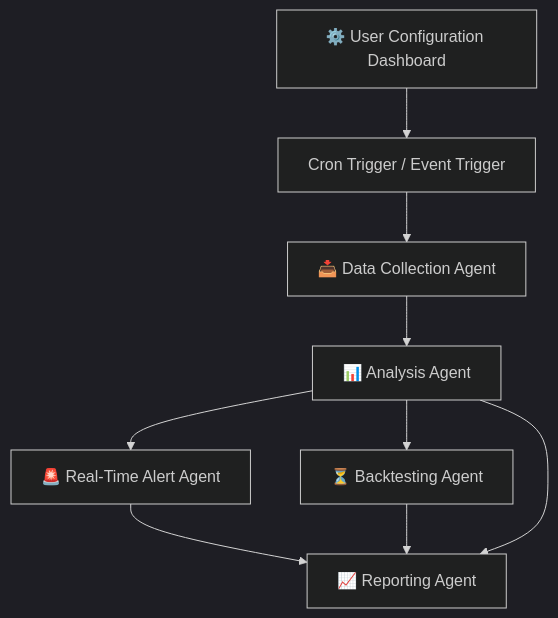
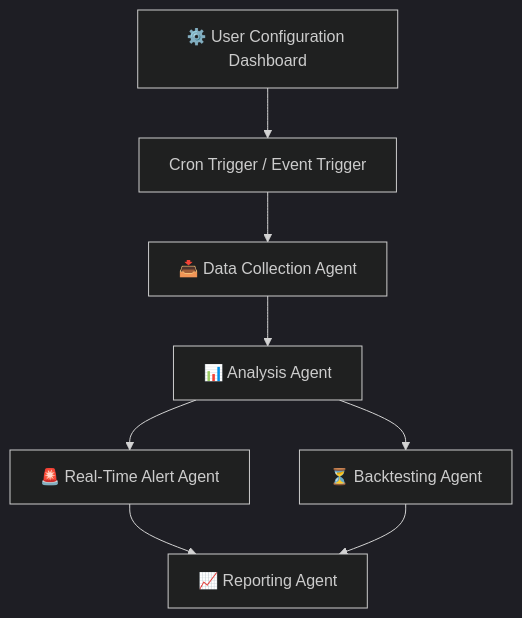
The diagram in README.md (ramkoorakula14/procal-stockmarcket), drawn with Mermaid (dark theme) before and after one commit.

````diff
--- a/README.md
+++ b/README.md
@@ -164,12 +164,12 @@
 ```mermaid
 graph TD
 
 A[⚙️ User Configuration Dashboard] --> B[Cron Trigger / Event Trigger]
 B --> C[📥 Data Collection Agent]
 C --> D[📊 Analysis Agent]
 D --> E[🚨 Real-Time Alert Agent]
 D --> F[⏳ Backtesting Agent]
 E --> G[📈 Reporting Agent]
 F --> G
-D --> G
+
 ```
````
